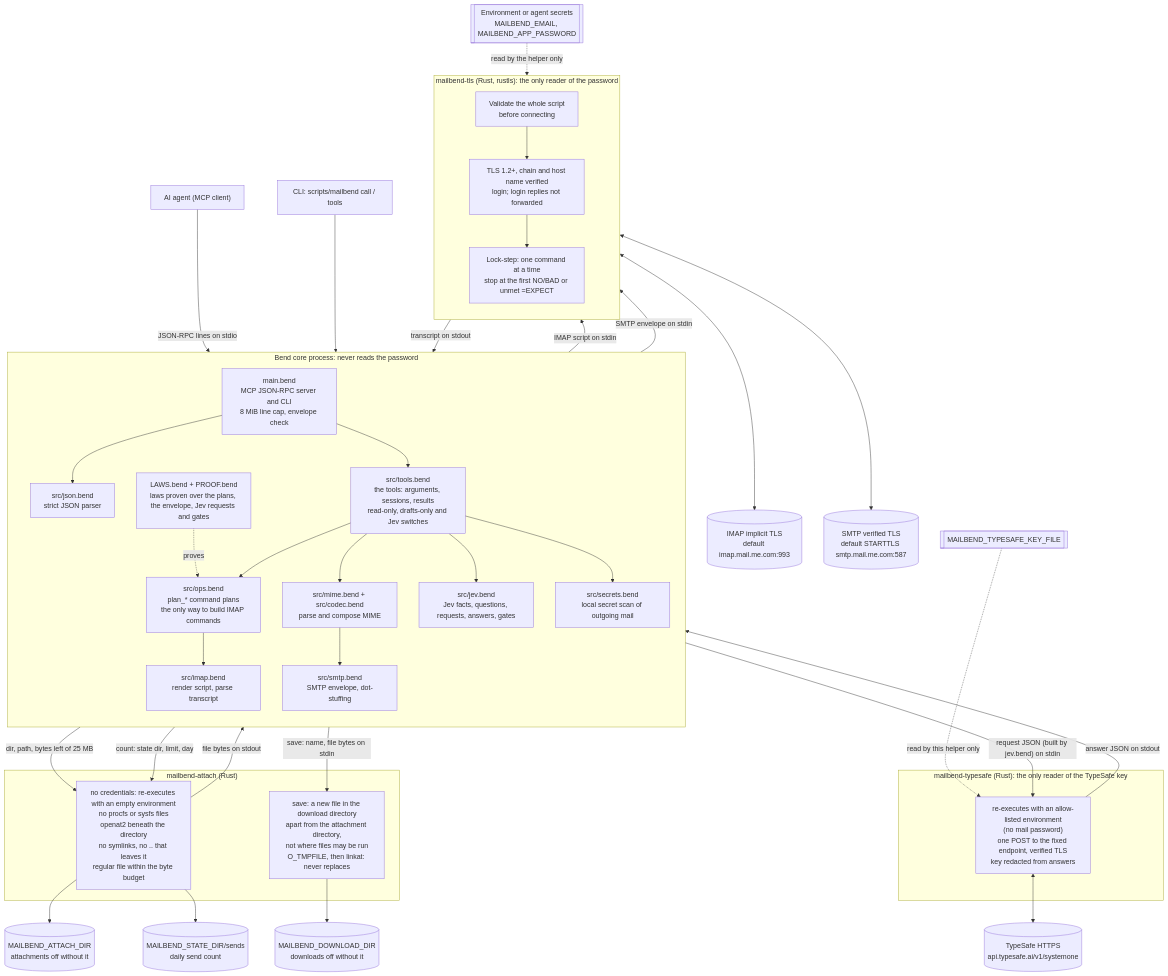
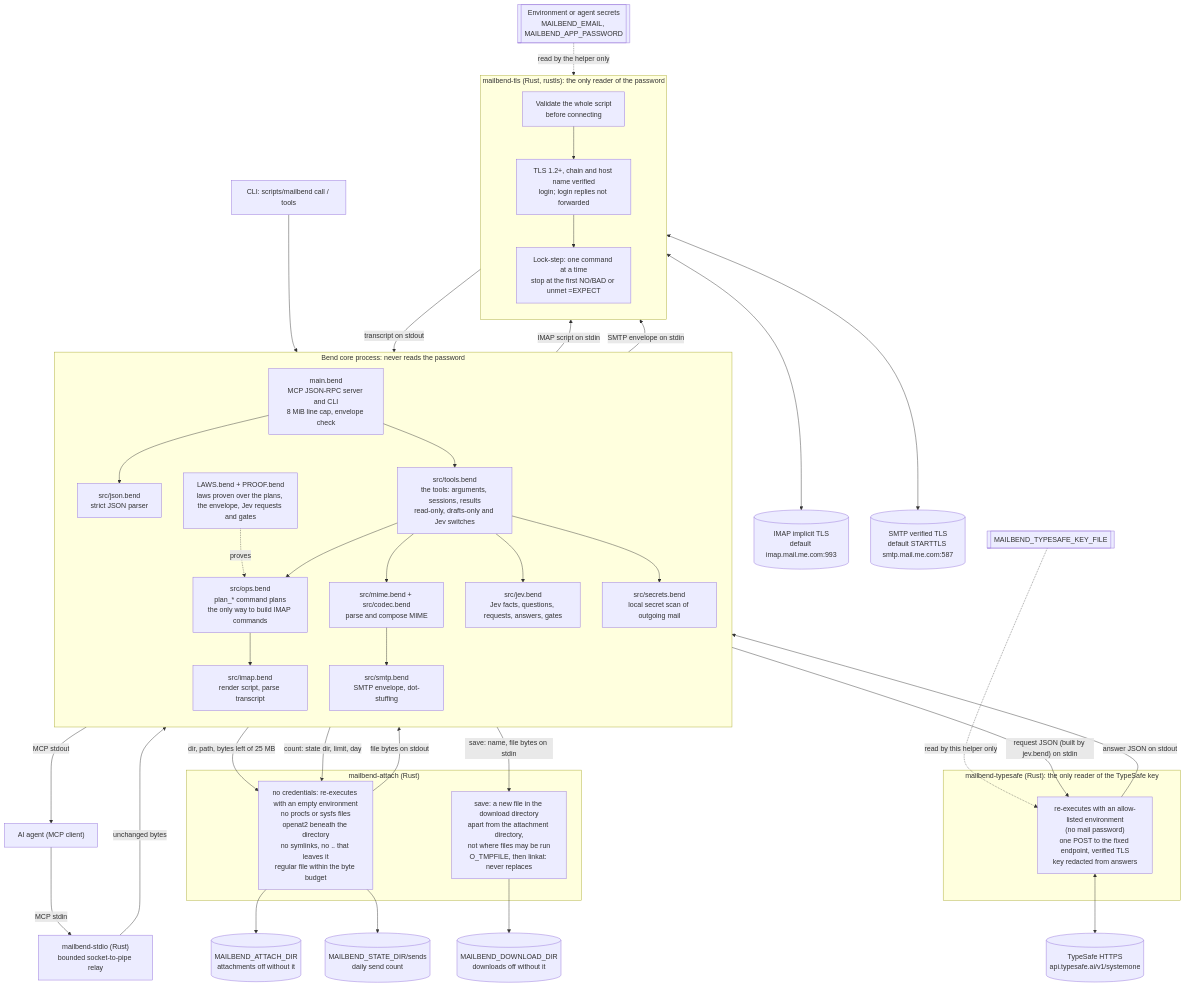
The first of 4 diagrams in docs/ARCHITECTURE.md (albertc71/MailBend), drawn with Mermaid before and after one commit. The commit also changed other lines of this file and 17 other files, not shown here.

First line of the commit message:
fix(mcp): support inherited socket stdin with a Rust supervisor (#44)

````diff
--- a/docs/ARCHITECTURE.md
+++ b/docs/ARCHITECTURE.md
@@ -33,75 +35,77 @@
 ```mermaid
 flowchart TB
   agent["AI agent (MCP client)"]
   cli["CLI: scripts/mailbend call / tools"]
   env[["Environment or agent secrets<br/>MAILBEND_EMAIL, MAILBEND_APP_PASSWORD"]]
 
   subgraph core["Bend core process: never reads the password"]
     direction TB
     main["main.bend<br/>MCP JSON-RPC server and CLI<br/>8 MiB line cap, envelope check"]
     json["src/json.bend<br/>strict JSON parser"]
     tools["src/tools.bend<br/>the tools: arguments, sessions, results<br/>read-only, drafts-only and Jev switches"]
     ops["src/ops.bend<br/>plan_* command plans<br/>the only way to build IMAP commands"]
     laws["LAWS.bend + PROOF.bend<br/>laws proven over the plans, the envelope, Jev requests and gates"]
     imap["src/imap.bend<br/>render script, parse transcript"]
     mime["src/mime.bend + src/codec.bend<br/>parse and compose MIME"]
     smtp["src/smtp.bend<br/>SMTP envelope, dot-stuffing"]
     jevb["src/jev.bend<br/>Jev facts, questions, requests, answers, gates"]
     secrets["src/secrets.bend<br/>local secret scan of outgoing mail"]
   end
 
   subgraph helper["mailbend-tls (Rust, rustls): the only reader of the password"]
     direction TB
     validate["Validate the whole script<br/>before connecting"]
     tls["TLS 1.2+, chain and host name verified<br/>login; login replies not forwarded"]
     lock["Lock-step: one command at a time<br/>stop at the first NO/BAD or unmet =EXPECT"]
   end
 
   subgraph reader["mailbend-attach (Rust)"]
     attach["no credentials: re-executes with an empty environment<br/>no procfs or sysfs files<br/>openat2 beneath the directory<br/>no symlinks, no .. that leaves it<br/>regular file within the byte budget"]
     save["save: a new file in the download directory<br/>apart from the attachment directory,<br/>not where files may be run<br/>O_TMPFILE, then linkat: never replaces"]
   end
 
   subgraph typesafe["mailbend-typesafe (Rust): the only reader of the TypeSafe key"]
     ask["re-executes with an allow-listed environment<br/>(no mail password)<br/>one POST to the fixed endpoint, verified TLS<br/>key redacted from answers"]
   end
 
   imapsrv[("IMAP implicit TLS<br/>default imap.mail.me.com:993")]
   smtpsrv[("SMTP verified TLS<br/>default STARTTLS smtp.mail.me.com:587")]
   files[("MAILBEND_ATTACH_DIR<br/>attachments off without it")]
   sends[("MAILBEND_STATE_DIR/sends<br/>daily send count")]
   downloads[("MAILBEND_DOWNLOAD_DIR<br/>downloads off without it")]
   tsapi[("TypeSafe HTTPS<br/>api.typesafe.ai/v1/systemone")]
   tskey[["MAILBEND_TYPESAFE_KEY_FILE"]]
 
-  agent -- "JSON-RPC lines on stdio" --> main
+  agent -- "MCP stdin" --> stdio["mailbend-stdio (Rust)<br/>bounded socket-to-pipe relay"]
+  stdio -- "unchanged bytes" --> main
+  main -- "MCP stdout" --> agent
   cli --> main
   main --> json
   main --> tools
   tools --> ops
   laws -. "proves" .-> ops
   ops --> imap
   tools --> mime
   mime --> smtp
   imap -- "IMAP script on stdin" --> validate
   smtp -- "SMTP envelope on stdin" --> validate
   validate --> tls
   tls --> lock
   lock <--> imapsrv
   lock <--> smtpsrv
   lock -- "transcript on stdout" --> imap
   tools -- "dir, path, bytes left of 25 MB" --> attach
   attach --> files
   attach -- "file bytes on stdout" --> tools
   tools -- "count: state dir, limit, day" --> attach
   attach --> sends
   tools -- "save: name, file bytes on stdin" --> save
   save --> downloads
   tools --> jevb
   tools --> secrets
   tools -- "request JSON (built by jev.bend) on stdin" --> ask
   ask -- "answer JSON on stdout" --> tools
   ask <--> tsapi
   env -. "read by the helper only" .-> tls
   tskey -. "read by this helper only" .-> ask
 ```
````
